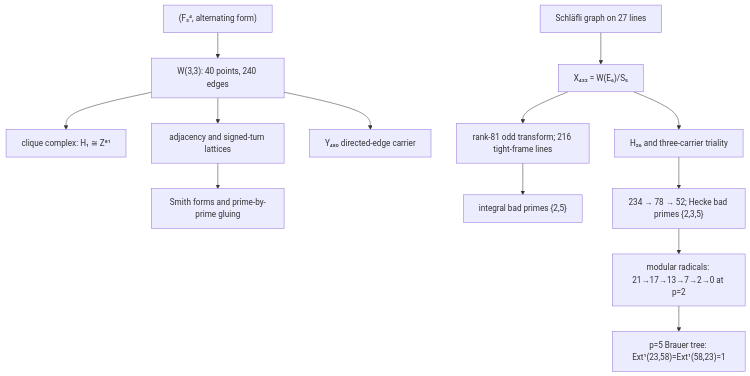
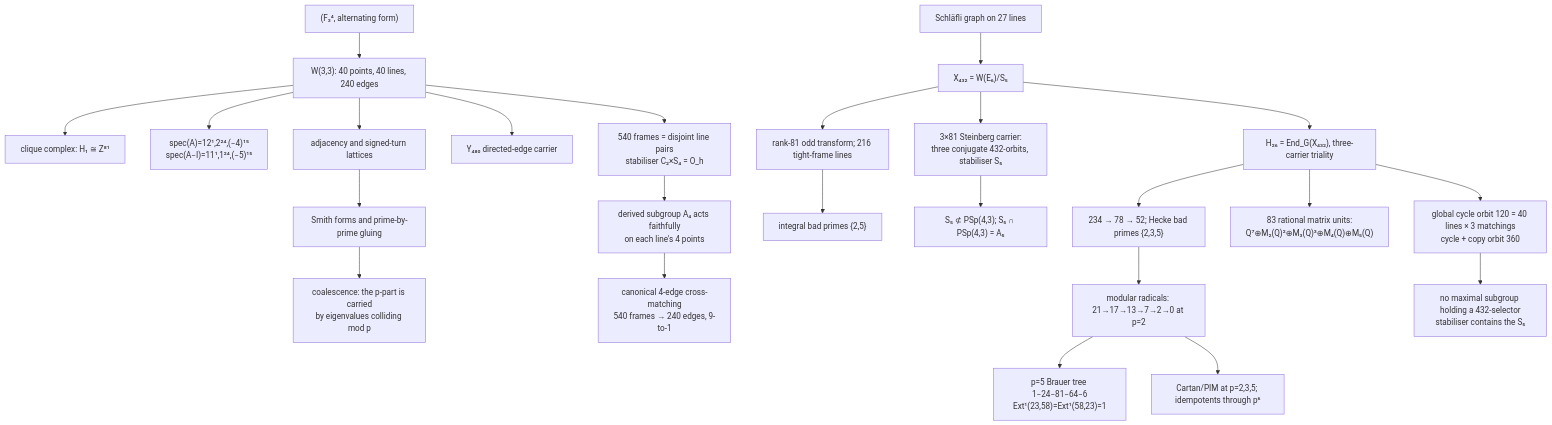
One commit to wilcompute/W33-Theory changed the diagram in README.md. Above: the diagram before and after it, drawn with Mermaid. The commit also changed other lines of this file and 12 other files, not shown here.

First line of the commit message:
Passes 1390-1391: every frame carries a canonical 4-edge matching; the 540 cover the 240 edges 9-to-1

````diff
--- a/README.md
+++ b/README.md
@@ -68,15 +117,26 @@
 ```mermaid
 flowchart TD
-    V["(F₃⁴, alternating form)"] --> W["W(3,3): 40 points, 240 edges"]
+    V["(F₃⁴, alternating form)"] --> W["W(3,3): 40 points, 40 lines, 240 edges"]
     W --> C["clique complex: H₁ ≅ Z⁸¹"]
+    W --> SP["spec(A)=12¹,2²⁴,(−4)¹⁵<br/>spec(A−I)=11¹,1²⁴,(−5)¹⁵"]
     W --> A["adjacency and signed-turn lattices"]
     A --> L["Smith forms and prime-by-prime gluing"]
+    L --> CO["coalescence: the p-part is carried<br/>by eigenvalues colliding mod p"]
     W --> Y["Y₄₈₀ directed-edge carrier"]
+    W --> F["540 frames = disjoint line pairs<br/>stabiliser C₂×S₄ = O_h"]
+    F --> FA["derived subgroup A₄ acts faithfully<br/>on each line's 4 points"]
+    FA --> FM["canonical 4-edge cross-matching<br/>540 frames → 240 edges, 9-to-1"]
     S["Schläfli graph on 27 lines"] --> X["X₄₃₂ = W(E₆)/S₅"]
     X --> T["rank-81 odd transform; 216 tight-frame lines"]
     T --> I["integral bad primes {2,5}"]
-    X --> H["H₂₆ and three-carrier triality"]
+    X --> ST["3×81 Steinberg carrier:<br/>three conjugate 432-orbits, stabiliser S₅"]
+    ST --> STP["S₅ ⊄ PSp(4,3); S₅ ∩ PSp(4,3) = A₅"]
+    X --> H["H₂₆ = End_G(X₄₃₂), three-carrier triality"]
     H --> J["234 → 78 → 52; Hecke bad primes {2,3,5}"]
     J --> R["modular radicals: 21→17→13→7→2→0 at p=2"]
-    R --> B["p=5 Brauer tree: Ext¹(23,58)=Ext¹(58,23)=1"]
+    R --> B["p=5 Brauer tree 1−24−81−64−6<br/>Ext¹(23,58)=Ext¹(58,23)=1"]
+    R --> P["Cartan/PIM at p=2,3,5; idempotents through p⁶"]
+    H --> MU["83 rational matrix units:<br/>Q⁷⊕M₂(Q)²⊕M₃(Q)³⊕M₄(Q)⊕M₅(Q)"]
+    H --> Q["global cycle orbit 120 = 40 lines × 3 matchings<br/>cycle + copy orbit 360"]
+    Q --> QO["no maximal subgroup holding a 432-selector<br/>stabiliser contains the S₅"]
 ```
````
